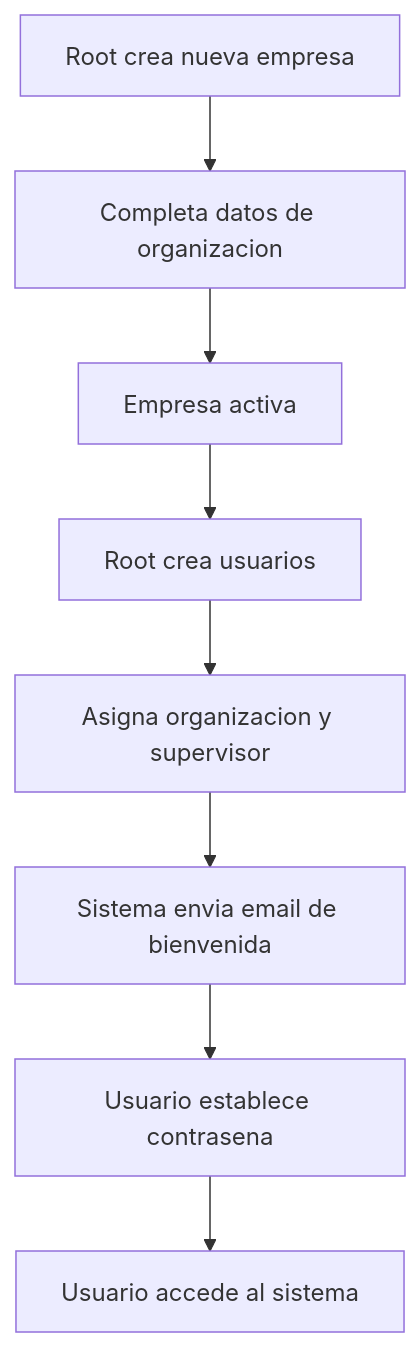
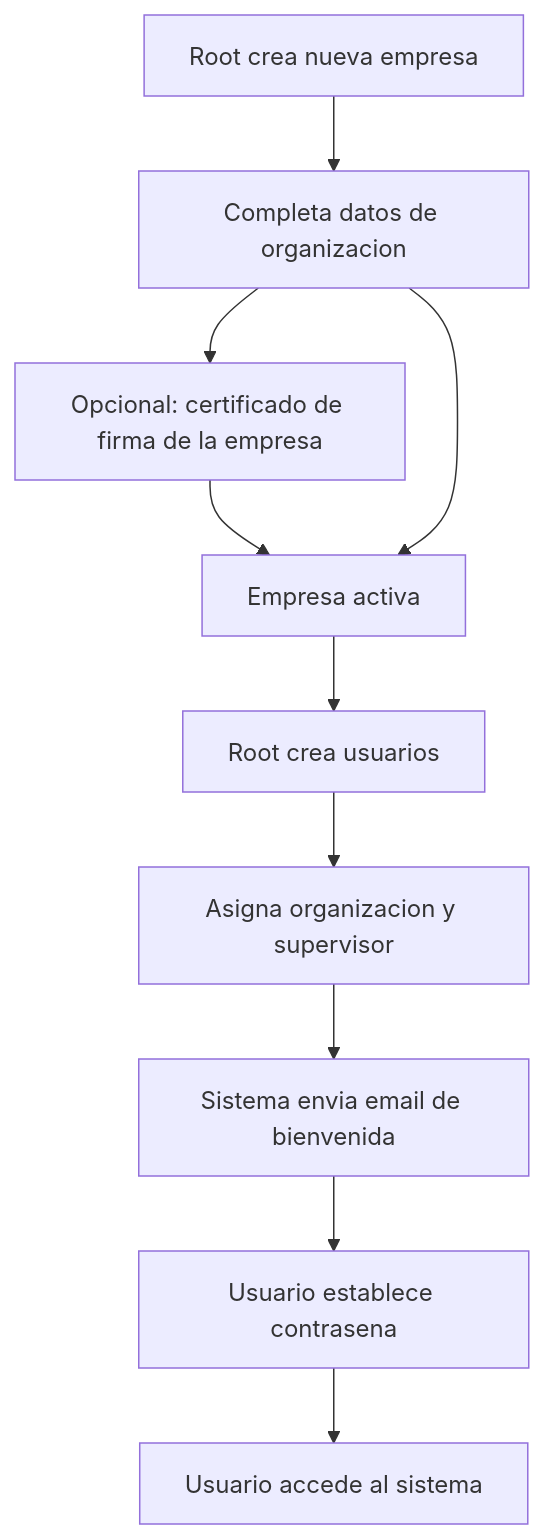
One commit to jorgevasquezutec/miboleta changed the fourth of 4 diagrams in docs/USER-MANUAL.md. Above: the diagram before and after it, drawn with Mermaid. The commit also changed other lines of this file and 48 other files, not shown here.

````diff
--- a/docs/USER-MANUAL.md
+++ b/docs/USER-MANUAL.md
@@ -1421,10 +1635,12 @@
 ```mermaid
 flowchart TD
     A[Root crea nueva empresa] --> B[Completa datos de organizacion]
-    B --> C[Empresa activa]
+    B --> B2[Opcional: certificado de firma de la empresa]
+    B2 --> C[Empresa activa]
+    B --> C
     C --> D[Root crea usuarios]
     D --> E[Asigna organizacion y supervisor]
     E --> F[Sistema envia email de bienvenida]
     F --> G[Usuario establece contrasena]
     G --> H[Usuario accede al sistema]
 ```
````
